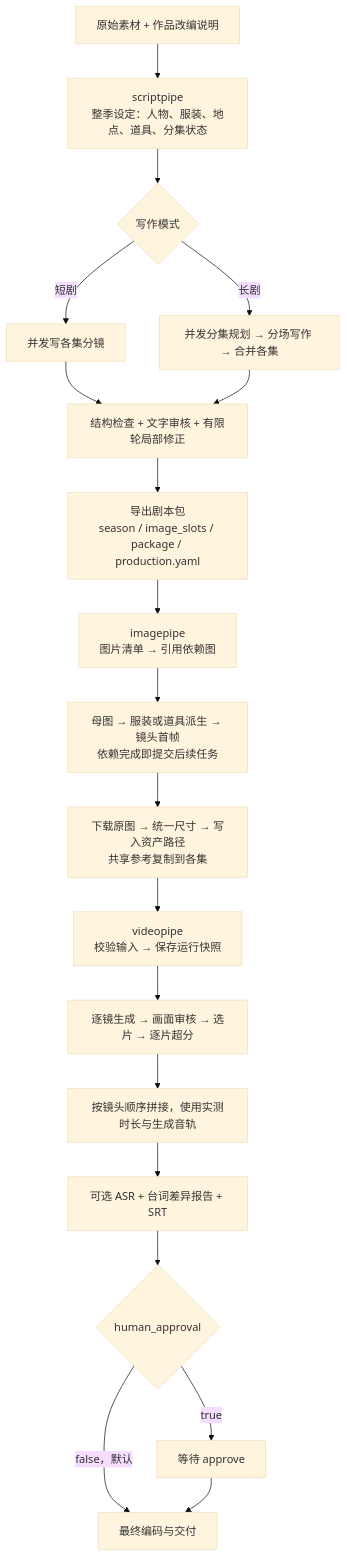
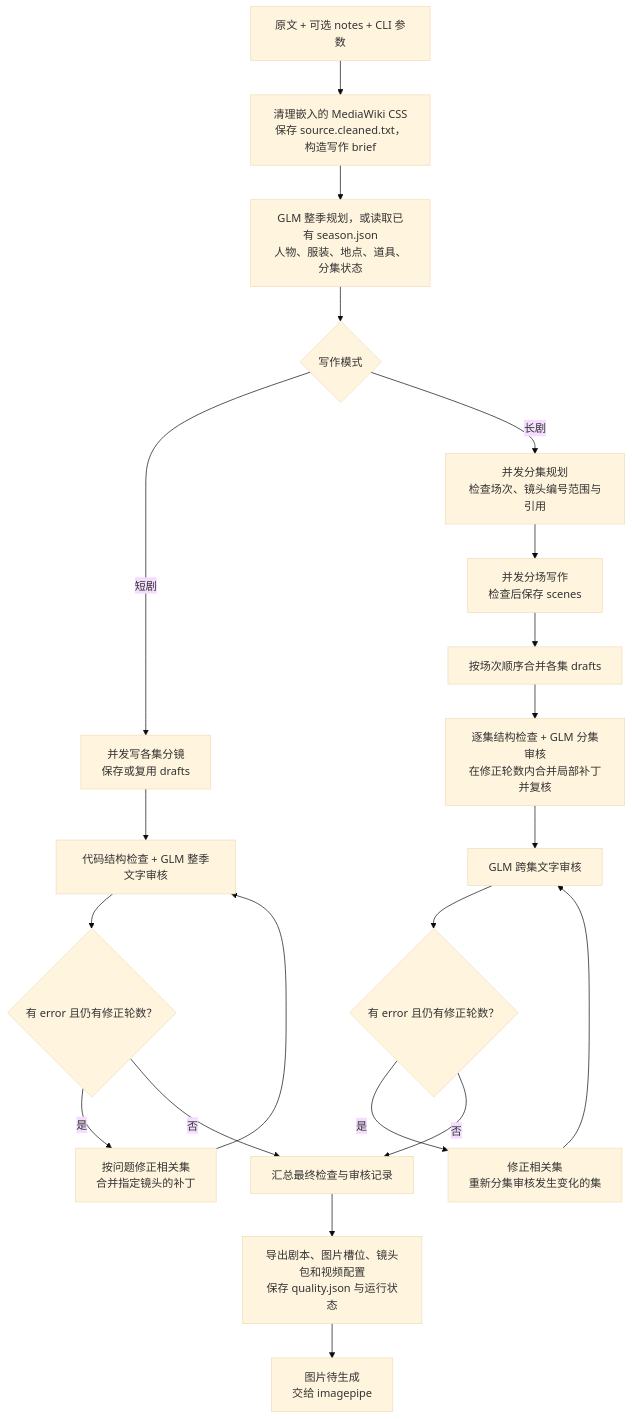
Before and after one commit to mtbnydx-dot/AI-AI-powered-local-fully-automated-video-workflow: the first of 3 diagrams in docs/workflow.md, drawn with Mermaid (base theme). The commit also changed other lines of this file and 1 other file, not shown here.

````diff
--- a/docs/workflow.md
+++ b/docs/workflow.md
@@ -5,21 +15,23 @@
 ```mermaid
 flowchart TD
-    A["原始素材 + 作品改编说明"] --> S["scriptpipe<br/>整季设定：人物、服装、地点、道具、分集状态"]
-    S --> M{"写作模式"}
-    M -->|短剧| E["并发写各集分镜"]
-    M -->|长剧| L["并发分集规划 → 分场写作 → 合并各集"]
-    E --> R["结构检查 + 文字审核 + 有限轮局部修正"]
-    L --> R
-    R --> P["导出剧本包<br/>season / image_slots / package / production.yaml"]
-    P --> I["imagepipe<br/>图片清单 → 引用依赖图"]
-    I --> J["母图 → 服装或道具派生 → 镜头首帧<br/>依赖完成即提交后续任务"]
-    J --> K["下载原图 → 统一尺寸 → 写入资产路径<br/>共享参考复制到各集"]
-    K --> V["videopipe<br/>校验输入 → 保存运行快照"]
-    V --> G["逐镜生成 → 画面审核 → 选片 → 逐片超分"]
-    G --> F["按镜头顺序拼接，使用实测时长与生成音轨"]
-    F --> Q["可选 ASR + 台词差异报告 + SRT"]
-    Q --> H{"human_approval"}
-    H -->|false，默认| D["最终编码与交付"]
-    H -->|true| U["等待 approve"]
-    U --> D
+    S0["原文 + 可选 notes + CLI 参数"] --> S1["清理嵌入的 MediaWiki CSS<br/>保存 source.cleaned.txt，构造写作 brief"]
+    S1 --> S2["GLM 整季规划，或读取已有 season.json<br/>人物、服装、地点、道具、分集状态"]
+    S2 --> S3{"写作模式"}
+    S3 -->|短剧| S4["并发写各集分镜<br/>保存或复用 drafts"]
+    S4 --> S5["代码结构检查 + GLM 整季文字审核"]
+    S5 --> S6{"有 error 且仍有修正轮数？"}
+    S6 -->|是| S7["按问题修正相关集<br/>合并指定镜头的补丁"]
+    S7 --> S5
+    S3 -->|长剧| S8["并发分集规划<br/>检查场次、镜头编号范围与引用"]
+    S8 --> S9["并发分场写作<br/>检查后保存 scenes"]
+    S9 --> S10["按场次顺序合并各集 drafts"]
+    S10 --> S11["逐集结构检查 + GLM 分集审核<br/>在修正轮数内合并局部补丁并复核"]
+    S11 --> S12["GLM 跨集文字审核"]
+    S12 --> S13{"有 error 且仍有修正轮数？"}
+    S13 -->|是| S14["修正相关集<br/>重新分集审核发生变化的集"]
+    S14 --> S12
+    S6 -->|否| S15["汇总最终检查与审核记录"]
+    S13 -->|否| S15
+    S15 --> S16["导出剧本、图片槽位、镜头包和视频配置<br/>保存 quality.json 与运行状态"]
+    S16 --> S17["图片待生成<br/>交给 imagepipe"]
 ```
````
